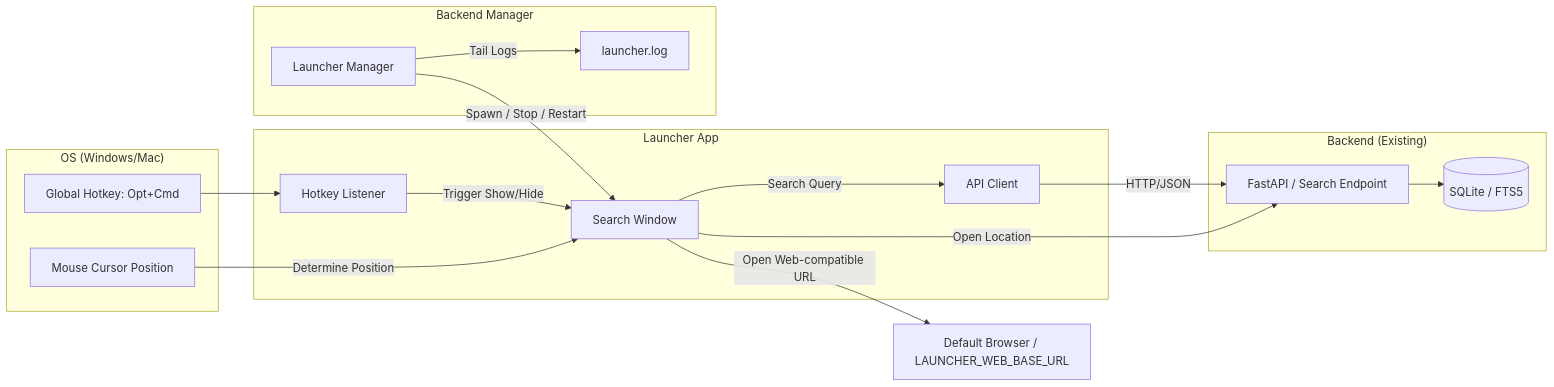
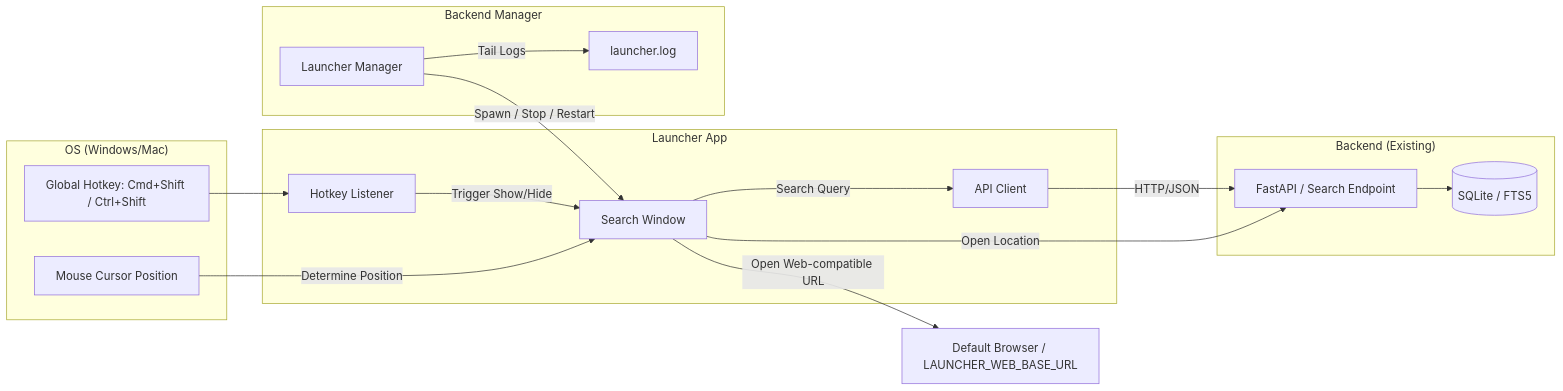
Before and after one commit to myao9494/Local-fulltext-search: the diagram in launcher/docs/architecture.md, drawn with Mermaid. The commit also changed other lines of this file and 6 other files, not shown here.

````diff
--- a/launcher/docs/architecture.md
+++ b/launcher/docs/architecture.md
@@ -14,34 +14,34 @@
 ```mermaid
 graph LR
     subgraph "OS (Windows/Mac)"
-        HK[Global Hotkey: Opt+Cmd]
+        HK[Global Hotkey: Cmd+Shift / Ctrl+Shift]
         Mouse[Mouse Cursor Position]
     end
 
     subgraph "Launcher App"
         UI[Search Window]
         Client[API Client]
         Listener[Hotkey Listener]
     end
 
     subgraph "Backend Manager"
         LM[Launcher Manager]
         Log[launcher.log]
     end
 
     subgraph "Backend (Existing)"
         API[FastAPI / Search Endpoint]
         DB[(SQLite / FTS5)]
     end
 
     HK --> Listener
     Listener -->|Trigger Show/Hide| UI
     Mouse -->|Determine Position| UI
     UI -->|Search Query| Client
     Client -->|HTTP/JSON| API
     API --> DB
     UI -->|Open Web-compatible URL| Browser[Default Browser / LAUNCHER_WEB_BASE_URL]
     UI -->|Open Location| API
     LM -->|Spawn / Stop / Restart| UI
     LM -->|Tail Logs| Log
 ```
````
